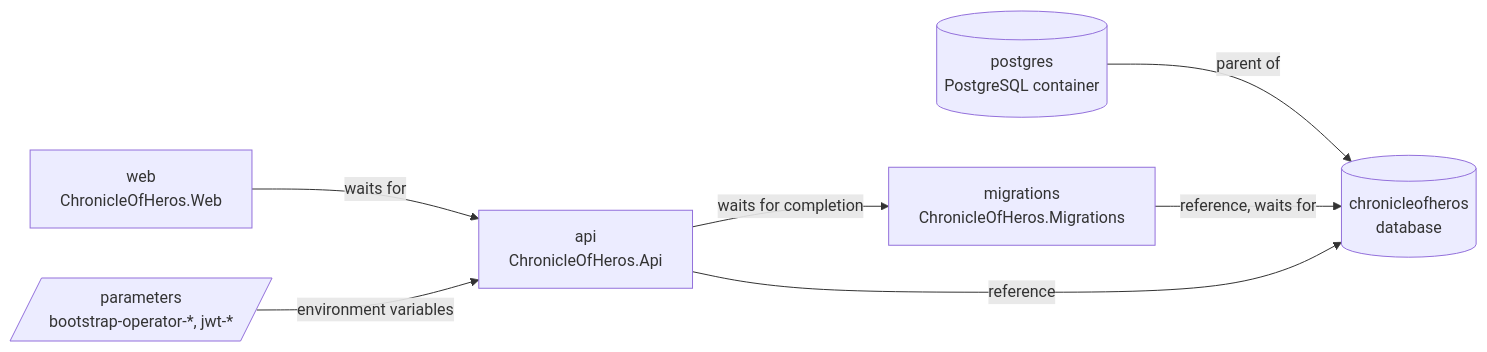
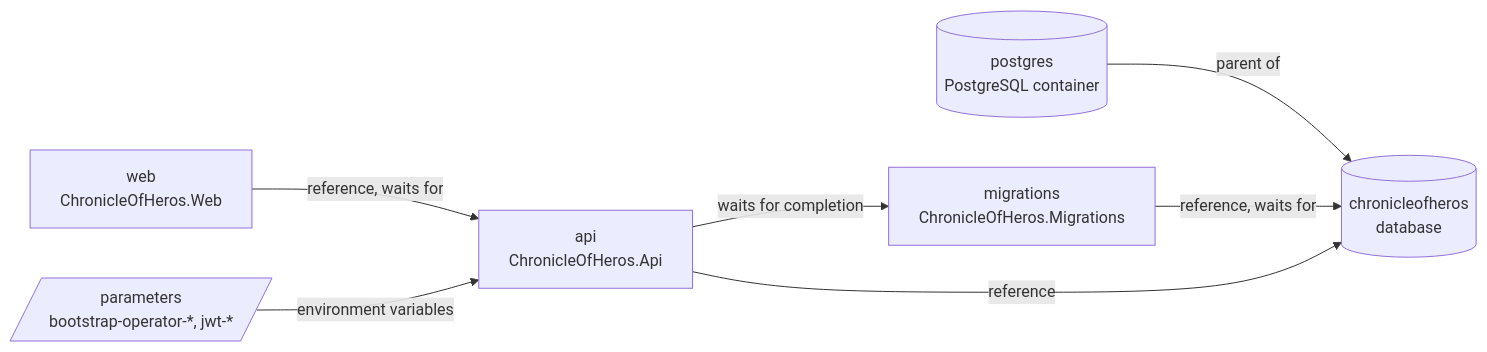
Before and after one commit to FlorianAlbert/ChronicleOfHeros: the diagram in docs/architecture/system/deployment.md, drawn with Mermaid. The commit also changed other lines of this file and 23 other files, not shown here.

````diff
--- a/docs/architecture/system/deployment.md
+++ b/docs/architecture/system/deployment.md
@@ -11,15 +9,15 @@
 ```mermaid
 flowchart LR
     postgres[("postgres<br/>PostgreSQL container")]
     database[("chronicleofheros<br/>database")]
     migrations["migrations<br/>ChronicleOfHeros.Migrations"]
     api["api<br/>ChronicleOfHeros.Api"]
     web["web<br/>ChronicleOfHeros.Web"]
     params[/"parameters<br/>bootstrap-operator-*, jwt-*"/]
     postgres -->|"parent of"| database
     migrations -->|"reference, waits for"| database
     api -->|"reference"| database
     api -->|"waits for completion"| migrations
-    web -->|"waits for"| api
+    web -->|"reference, waits for"| api
     params -->|"environment variables"| api
 ```
````
